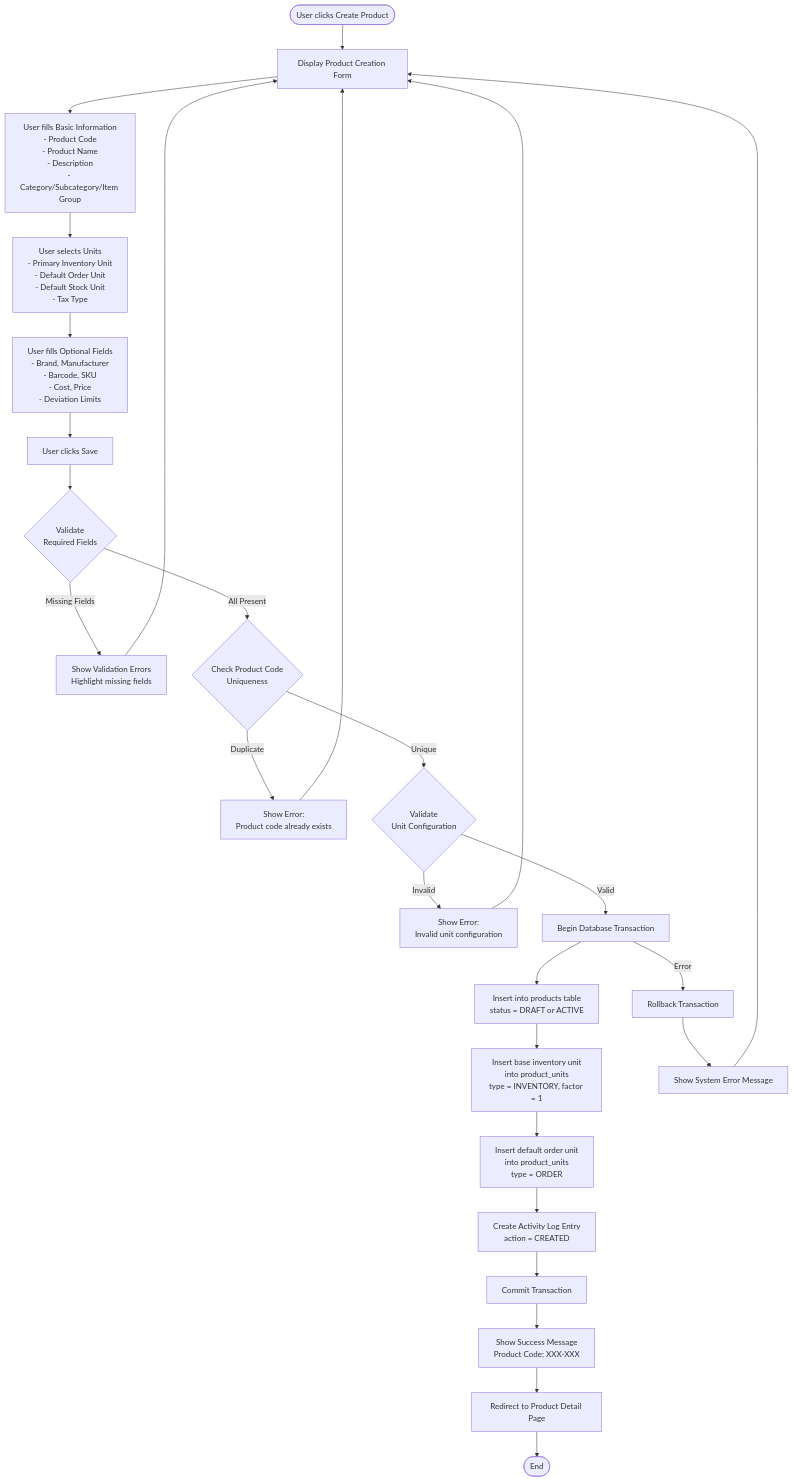
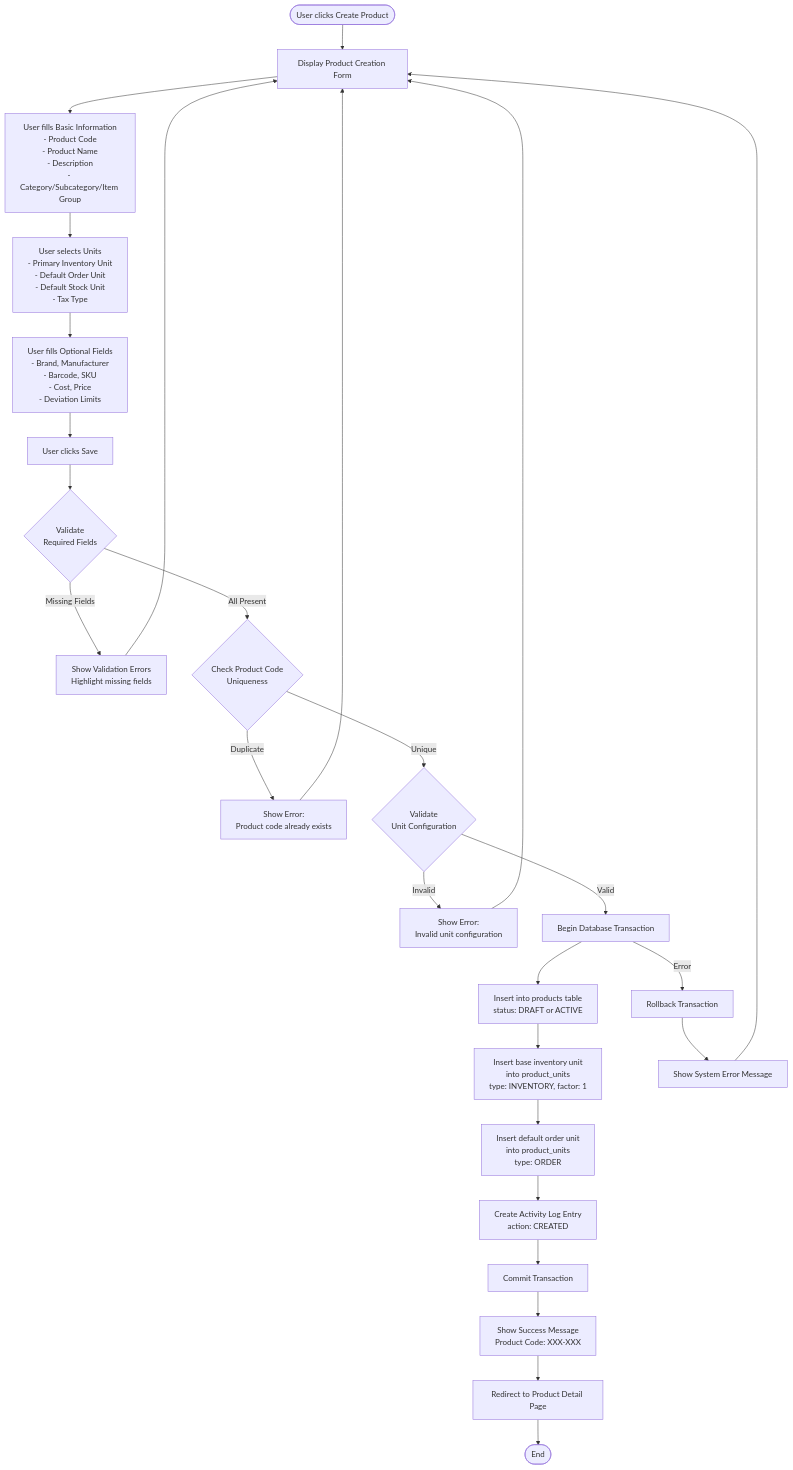
One commit to PeakMNA/carmen changed the first of 20 diagrams in docs/app/product-management/products/FD-products.md. Above: the diagram before and after it, drawn with Mermaid. The commit also changed other lines of this file and 473 other files, not shown here.

````diff
--- a/docs/app/product-management/products/FD-products.md
+++ b/docs/app/product-management/products/FD-products.md
@@ -34,35 +35,35 @@
 ```mermaid
 flowchart TD
     Start([User clicks Create Product]) --> Form[Display Product Creation Form]
     Form --> FillBasic[User fills Basic Information<br>- Product Code<br>- Product Name<br>- Description<br>- Category/Subcategory/Item Group]
     FillBasic --> FillUnits[User selects Units<br>- Primary Inventory Unit<br>- Default Order Unit<br>- Default Stock Unit<br>- Tax Type]
     FillUnits --> Optional[User fills Optional Fields<br>- Brand, Manufacturer<br>- Barcode, SKU<br>- Cost, Price<br>- Deviation Limits]
     Optional --> Submit[User clicks Save]
 
     Submit --> ValidateReq{Validate<br>Required Fields}
     ValidateReq -->|Missing Fields| ErrReq[Show Validation Errors<br>Highlight missing fields]
     ErrReq --> Form
 
     ValidateReq -->|All Present| ValidateCode{Check Product Code<br>Uniqueness}
     ValidateCode -->|Duplicate| ErrCode[Show Error:<br>Product code already exists]
     ErrCode --> Form
 
     ValidateCode -->|Unique| ValidateUnits{Validate<br>Unit Configuration}
     ValidateUnits -->|Invalid| ErrUnits[Show Error:<br>Invalid unit configuration]
     ErrUnits --> Form
 
     ValidateUnits -->|Valid| CreateTx[Begin Database Transaction]
-    CreateTx --> InsertProduct[Insert into products table<br>status = DRAFT or ACTIVE]
-    InsertProduct --> InsertUnit[Insert base inventory unit<br>into product_units<br>type = INVENTORY, factor = 1]
-    InsertUnit --> InsertOrderUnit[Insert default order unit<br>into product_units<br>type = ORDER]
-    InsertOrderUnit --> CreateLog[Create Activity Log Entry<br>action = CREATED]
+    CreateTx --> InsertProduct[Insert into products table<br>status: DRAFT or ACTIVE]
+    InsertProduct --> InsertUnit[Insert base inventory unit<br>into product_units<br>type: INVENTORY, factor: 1]
+    InsertUnit --> InsertOrderUnit[Insert default order unit<br>into product_units<br>type: ORDER]
+    InsertOrderUnit --> CreateLog[Create Activity Log Entry<br>action: CREATED]
     CreateLog --> CommitTx[Commit Transaction]
 
     CommitTx --> Success[Show Success Message<br>Product Code: XXX-XXX]
     Success --> Redirect[Redirect to Product Detail Page]
     Redirect --> End([End])
 
     CreateTx -->|Error| Rollback[Rollback Transaction]
     Rollback --> ErrSystem[Show System Error Message]
     ErrSystem --> Form
 ```
````
